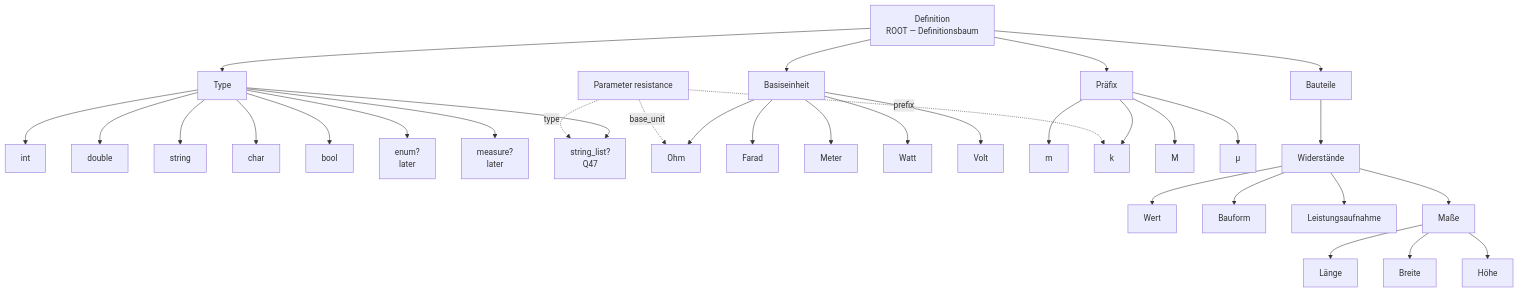
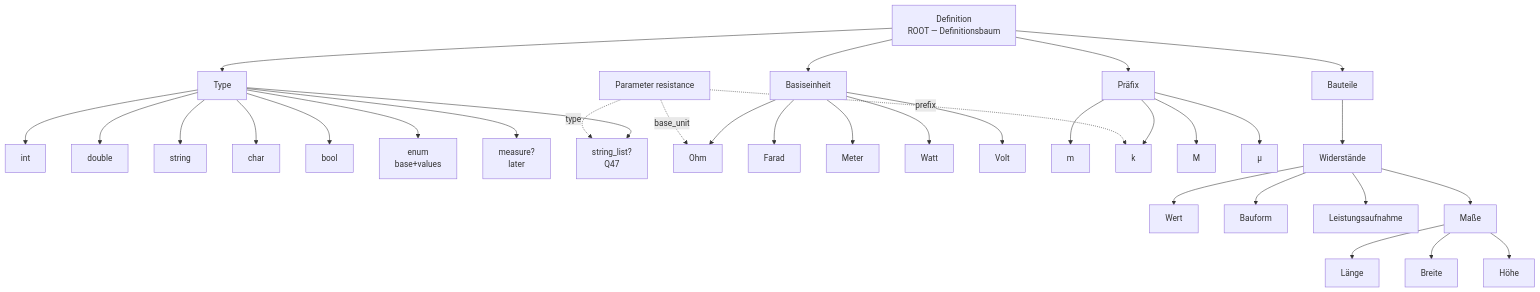
One commit to sfambach/wp-taxonomy-modeler changed the fourth of 7 diagrams in docs/plans/data-structure.md. Above: the diagram before and after it, drawn with Mermaid. The commit also changed other lines of this file and 7 other files, not shown here.

First line of the commit message:
feat(proto+docs): template simples + derived enum (base_type + values)

````diff
--- a/docs/plans/data-structure.md
+++ b/docs/plans/data-structure.md
@@ -524,43 +545,43 @@
 ```mermaid
 flowchart TB
   D["Definition<br/>ROOT — Definitionsbaum"]
 
   D --> T["Type"]
   D --> B["Basiseinheit"]
   D --> P["Präfix"]
   D --> Bau["Bauteile"]
 
   T --> T1["int"]
   T --> T2["double"]
   T --> T3["string"]
   T --> T4["char"]
   T --> T5["bool"]
-  T --> T6["enum?<br/>later"]
+  T --> T6["enum<br/>base+values"]
   T --> T7["measure?<br/>later"]
   T --> T8["string_list?<br/>Q47"]
 
   B --> B1["Ohm"]
   B --> B2["Farad"]
   B --> B3["Meter"]
   B --> B4["Watt"]
   B --> B5["Volt"]
 
   P --> P1["m"]
   P --> P2["k"]
   P --> P3["M"]
   P --> P4["µ"]
 
   Bau --> W["Widerstände"]
   W --> V["Wert"]
   W --> F["Bauform"]
   W --> L["Leistungsaufnahme"]
   W --> M["Maße"]
   M --> GL["Länge"]
   M --> GB["Breite"]
   M --> GH["Höhe"]
 
   Param["Parameter resistance"]
   Param -.->|type| T8
   Param -.->|prefix| P2
   Param -.->|base_unit| B1
 ```
````
